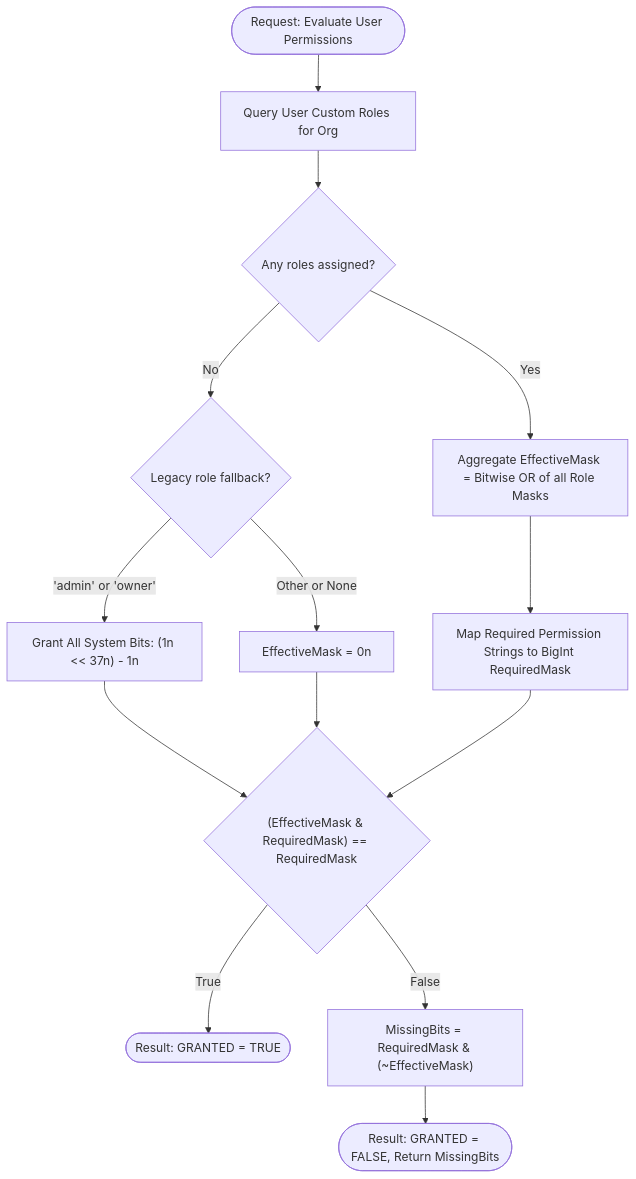
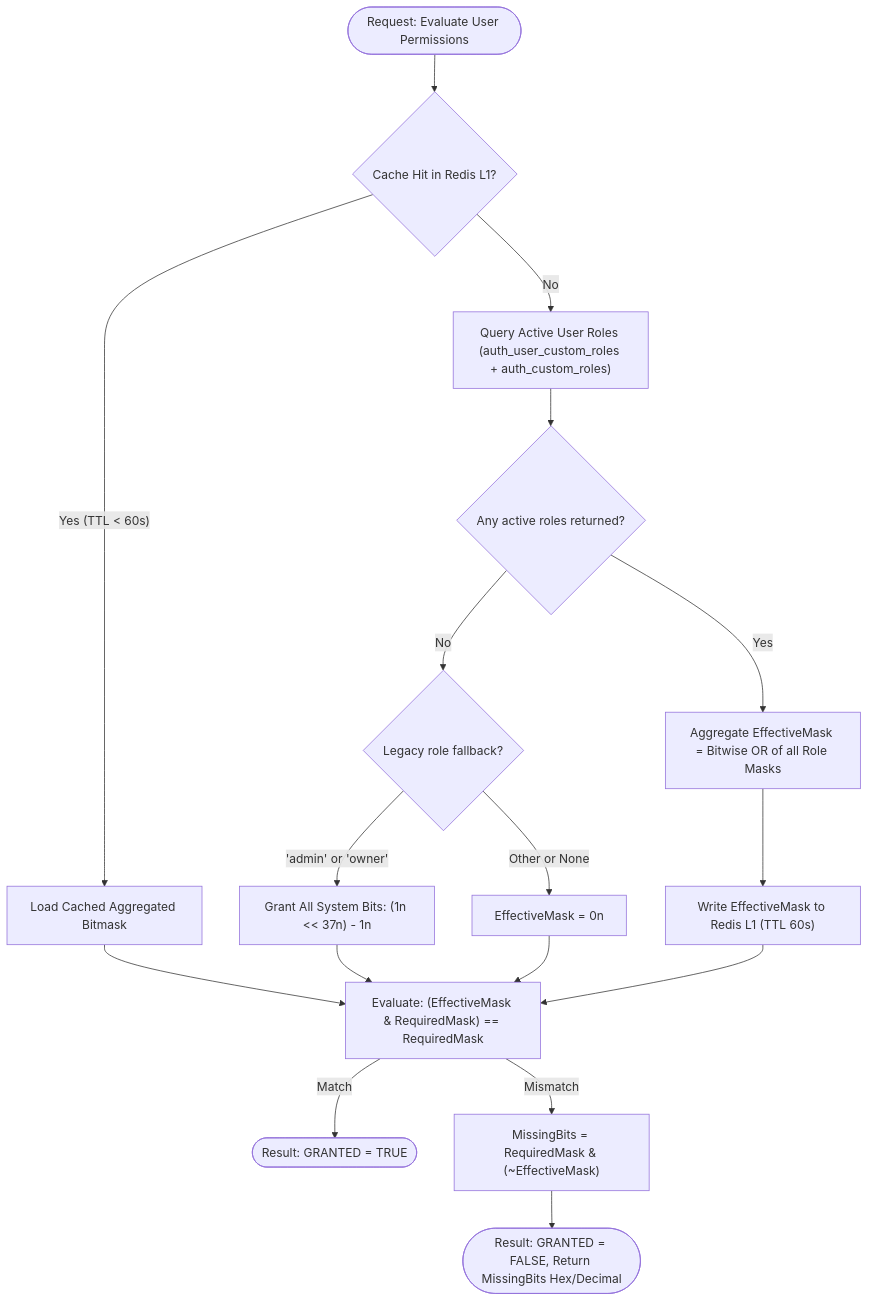
One commit to Scaibu/auth changed the third of 4 diagrams in adr/0030-custom-enterprise-roles-and-64-bit-permission-bitmasks.md. Above: the diagram before and after it, drawn with Mermaid. The commit also changed other lines of this file, not shown here.

Commit message:
docs(adr0030): enrich diagrams with role state machine, cache fast-path, and composite constraints

````diff
--- a/adr/0030-custom-enterprise-roles-and-64-bit-permission-bitmasks.md
+++ b/adr/0030-custom-enterprise-roles-and-64-bit-permission-bitmasks.md
@@ -183,19 +215,23 @@
 ```mermaid
 flowchart TD
-    Req(["Request: Evaluate User Permissions"]) --> Fetch["Query User Custom Roles for Org"]
-    Fetch --> RolesFound{"Any roles assigned?"}
+    Req(["Request: Evaluate User Permissions"]) --> CacheCheck{"Cache Hit in Redis L1?"}
+    CacheCheck -- "Yes (TTL &lt; 60s)" --> CachedMask["Load Cached Aggregated Bitmask"]
+    CacheCheck -- "No" --> FetchDB["Query Active User Roles (auth_user_custom_roles + auth_custom_roles)"]
     
+    FetchDB --> RolesFound{"Any active roles returned?"}
     RolesFound -- No --> LegacyCheck{"Legacy role fallback?"}
     LegacyCheck -- "'admin' or 'owner'" --> FullAccess["Grant All System Bits: (1n &lt;&lt; 37n) - 1n"]
     LegacyCheck -- "Other or None" --> DenyZero["EffectiveMask = 0n"]
+    
+    RolesFound -- Yes --> Aggregate["Aggregate EffectiveMask = Bitwise OR of all Role Masks"]
+    Aggregate --> SaveCache["Write EffectiveMask to Redis L1 (TTL 60s)"]
+    SaveCache --> CompareBits
+    CachedMask --> CompareBits
     FullAccess --> CompareBits
     DenyZero --> CompareBits
     
-    RolesFound -- Yes --> Aggregate["Aggregate EffectiveMask = Bitwise OR of all Role Masks"]
-    Aggregate --> MapRequired["Map Required Permission Strings to BigInt RequiredMask"]
-    
-    MapRequired --> CompareBits{"(EffectiveMask &amp; RequiredMask) == RequiredMask"}
-    CompareBits -- True --> Allow(["Result: GRANTED = TRUE"])
-    CompareBits -- False --> Diff["MissingBits = RequiredMask &amp; (~EffectiveMask)"]
-    Diff --> Deny(["Result: GRANTED = FALSE, Return MissingBits"])
+    CompareBits["Evaluate: (EffectiveMask &amp; RequiredMask) == RequiredMask"]
+    CompareBits -- "Match" --> Allow(["Result: GRANTED = TRUE"])
+    CompareBits -- "Mismatch" --> Diff["MissingBits = RequiredMask &amp; (~EffectiveMask)"]
+    Diff --> Deny(["Result: GRANTED = FALSE, Return MissingBits Hex/Decimal"])
 ```
````
